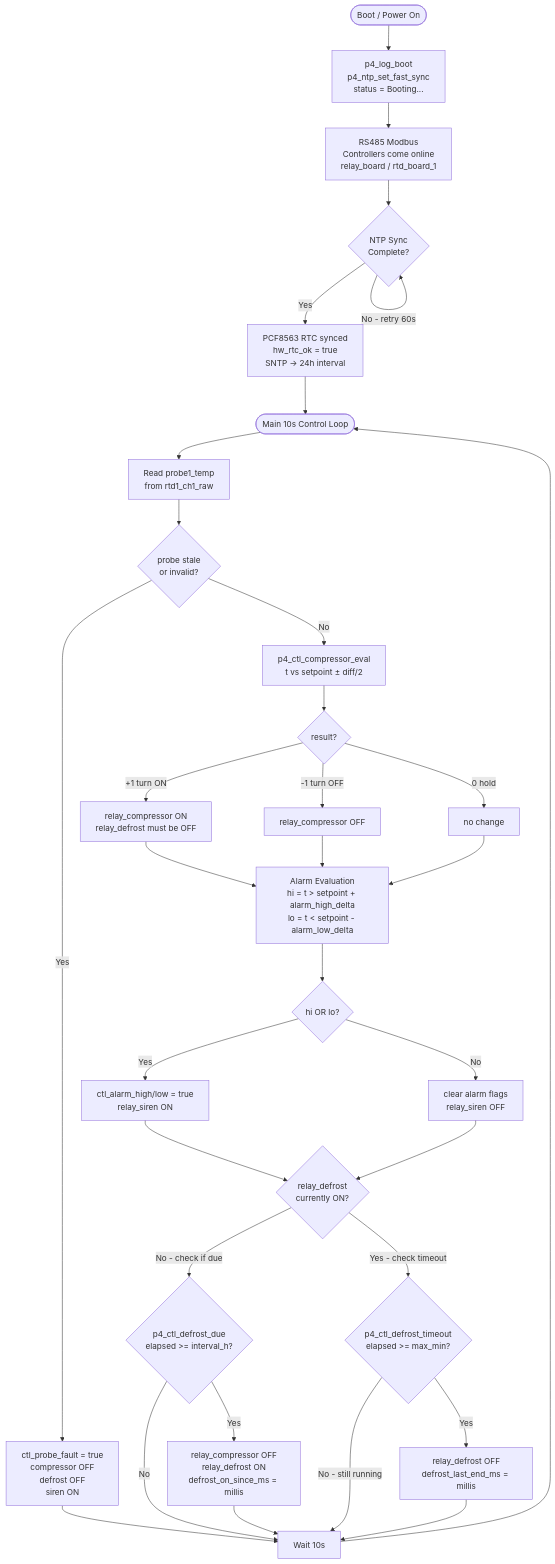
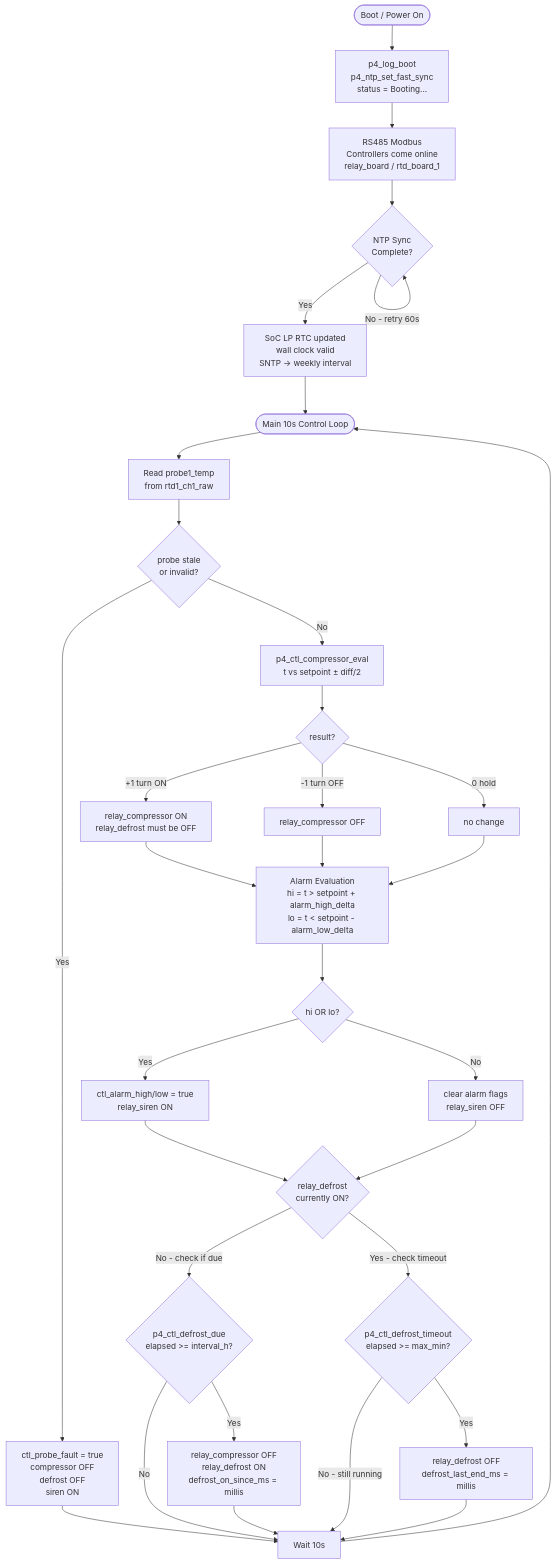
Before and after one commit to ausloki/ESP32-P4-Coolrooom: the first of 3 diagrams in reference/program_control_logic_flowchart.md, drawn with Mermaid. The commit also changed other lines of this file and 16 other files, not shown here.

First line of the commit message:
fix(time): drop PCF8563; use SoC LP RTC + NTP only

````diff
--- a/reference/program_control_logic_flowchart.md
+++ b/reference/program_control_logic_flowchart.md
@@ -4,46 +4,46 @@
 ```mermaid
 flowchart TD
     BOOT([Boot / Power On]) --> INIT[p4_log_boot\np4_ntp_set_fast_sync\nstatus = Booting...]
     INIT --> RS485[RS485 Modbus\nControllers come online\nrelay_board / rtd_board_1]
     RS485 --> NTP{NTP Sync\nComplete?}
     NTP -->|No - retry 60s| NTP
-    NTP -->|Yes| RTC[PCF8563 RTC synced\nhw_rtc_ok = true\nSNTP → 24h interval]
+    NTP -->|Yes| RTC[SoC LP RTC updated\nwall clock valid\nSNTP → weekly interval]
     RTC --> LOOP
 
     LOOP([Main 10s Control Loop])
 
     LOOP --> P1[Read probe1_temp\nfrom rtd1_ch1_raw]
     P1 --> FAULT{probe stale\nor invalid?}
 
     FAULT -->|Yes| PFERR[ctl_probe_fault = true\ncompressor OFF\ndefrost OFF\nsiren ON]
     PFERR --> WAIT10[Wait 10s]
     WAIT10 --> LOOP
 
     FAULT -->|No| COMP[p4_ctl_compressor_eval\nt vs setpoint ± diff/2]
 
     COMP --> C1{result?}
     C1 -->|+1 turn ON| CON[relay_compressor ON\nrelay_defrost must be OFF]
     C1 -->|-1 turn OFF| COFF[relay_compressor OFF]
     C1 -->|0 hold| CHOLD[no change]
     CON --> ALM
     COFF --> ALM
     CHOLD --> ALM
 
     ALM[Alarm Evaluation\nhi = t > setpoint + alarm_high_delta\nlo = t < setpoint - alarm_low_delta]
     ALM --> A1{hi OR lo?}
     A1 -->|Yes| SIREON[ctl_alarm_high/low = true\nrelay_siren ON]
     A1 -->|No| SIREOFF[clear alarm flags\nrelay_siren OFF]
     SIREON --> DEFCHK
     SIREOFF --> DEFCHK
 
     DEFCHK{relay_defrost\ncurrently ON?}
     DEFCHK -->|No - check if due| DEFDUE{p4_ctl_defrost_due\nelapsed >= interval_h?}
     DEFDUE -->|No| WAIT10
     DEFDUE -->|Yes| DEFSTART[relay_compressor OFF\nrelay_defrost ON\ndefrost_on_since_ms = millis]
     DEFSTART --> WAIT10
 
     DEFCHK -->|Yes - check timeout| DEFTMO{p4_ctl_defrost_timeout\nelapsed >= max_min?}
     DEFTMO -->|No - still running| WAIT10
     DEFTMO -->|Yes| DEFEND[relay_defrost OFF\ndefrost_last_end_ms = millis]
     DEFEND --> WAIT10
 ```
````
